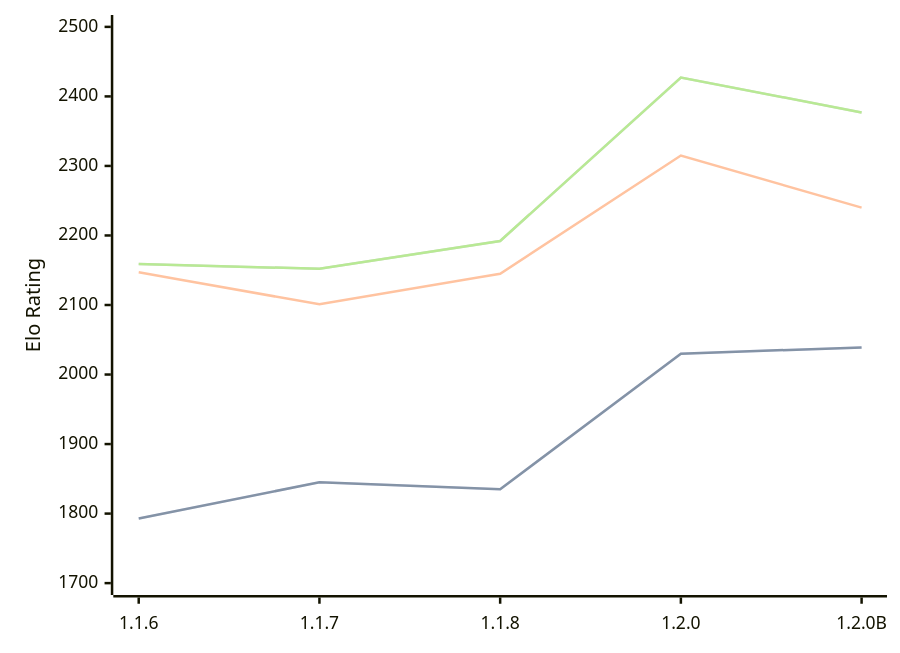
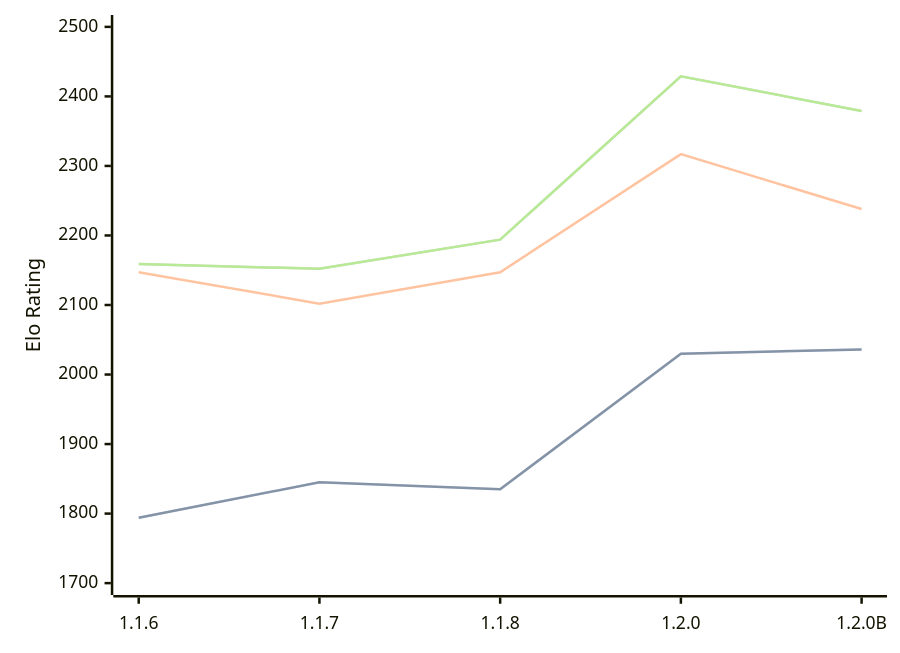
One commit to computer-chess-index/cci changed the diagram in engines/Soomi.md. Above: the diagram before and after it, drawn with Mermaid. The commit also changed other lines of this file, not shown here.

Commit message:
Update CCI Ratings (ELO VLTC) - 2026-09-01

````diff
--- a/engines/Soomi.md
+++ b/engines/Soomi.md
@@ -35,11 +35,11 @@
 ```mermaid
 %%{init: {"theme":"base","themeVariables":{"seriesColors:['#a3a3a3','#222221','#faa371']}}}%%
 xychart-beta
   x-axis ["1.1.6", "1.1.7", "1.1.8", "1.2.0", "1.2.0B"]
   y-axis "Elo Rating" 1700 --> 2500
-  line "" [1793, 1845, 1835, 2030, 2039]
-  line "STC (8.0+0.08s)" [1793, 1845, 1835, 2030, 2039]
-  line "LTC (60.0+0.60s)" [2147, 2101, 2145, 2315, 2240]
-  line "" [2159, 2152, 2192, 2427, 2377]
-  line "VLTC (2m24s+1.12s)" [2159, 2152, 2192, 2427, 2377]
+  line "" [1794, 1845, 1835, 2030, 2036]
+  line "STC (8.0+0.08s)" [1794, 1845, 1835, 2030, 2036]
+  line "LTC (60.0+0.60s)" [2147, 2102, 2147, 2317, 2238]
+  line "" [2159, 2152, 2194, 2429, 2379]
+  line "VLTC (2m24s+1.12s)" [2159, 2152, 2194, 2429, 2379]
 ```
````
